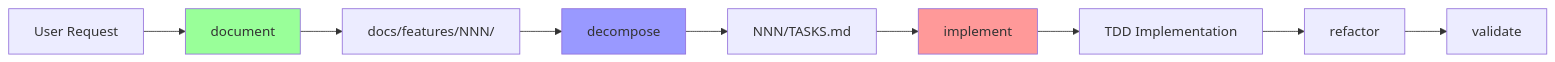
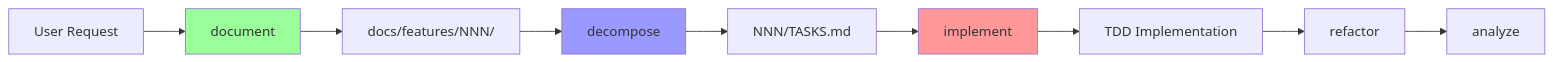
The diagram in CLAUDE.md (movingChurch/global-claude-settings), drawn with Mermaid before and after one commit. The commit also changed other lines of this file and 9 other files, not shown here.

````diff
--- a/CLAUDE.md
+++ b/CLAUDE.md
@@ -19,15 +19,15 @@
 ```mermaid
 graph LR
     A[User Request] --> B[document]
     B --> C[docs/features/NNN/]
     C --> D[decompose]
     D --> E[NNN/TASKS.md]
     E --> F[implement]
     F --> G[TDD Implementation]
     G --> H[refactor]
-    H --> I[validate]
+    H --> I[analyze]
 
     style B fill:#9f9
     style D fill:#99f
     style F fill:#f99
 ```
````
